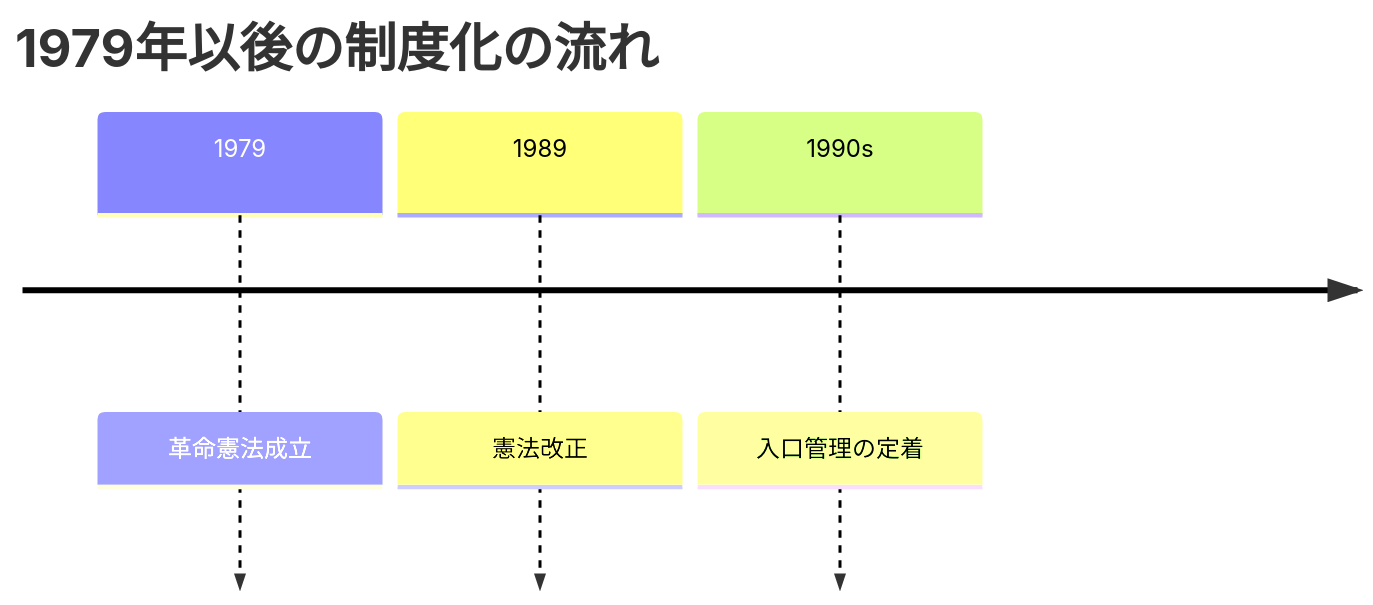
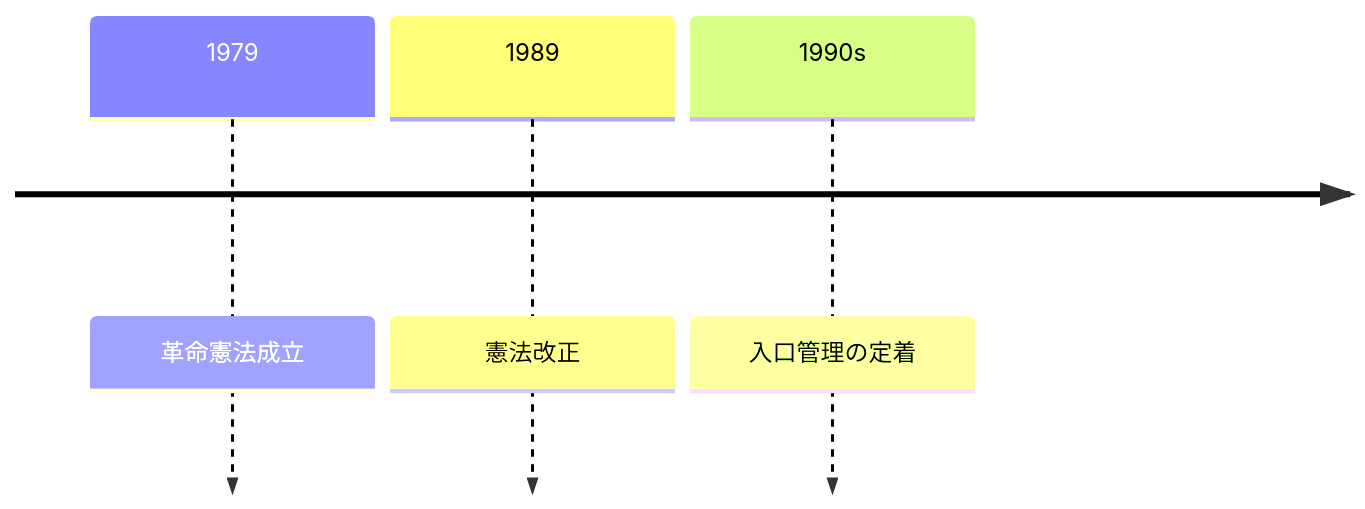
The first of 2 diagrams in articles/report/post-revolution-iran-power-structure/ja/index.mdx (daylight55/research), drawn with Mermaid before and after one commit. The commit also changed other lines of this file and 181 other files, not shown here.

First line of the commit message:
全記事の図解368点を再生成し、共通注意書きを削除 (#402)

````diff
--- a/articles/report/post-revolution-iran-power-structure/ja/index.mdx
+++ b/articles/report/post-revolution-iran-power-structure/ja/index.mdx
@@ -33,7 +33,10 @@
 ```mermaid
 timeline
-    title 1979年以後の制度化の流れ
+  accTitle: イラン革命後の制度形成と憲法改正
+  accDescr: 1979年の制度成立、1989年の再設計、その後の候補者審査の定着を分ける。
+  accTitle: イラン革命後の制度形成と憲法改正
+  accDescr: 1979年の制度成立、1989年の再設計、その後の候補者審査の定着を分ける。
     1979 : 革命憲法成立
     1989 : 憲法改正
     1990s : 入口管理の定着
 ```
````
